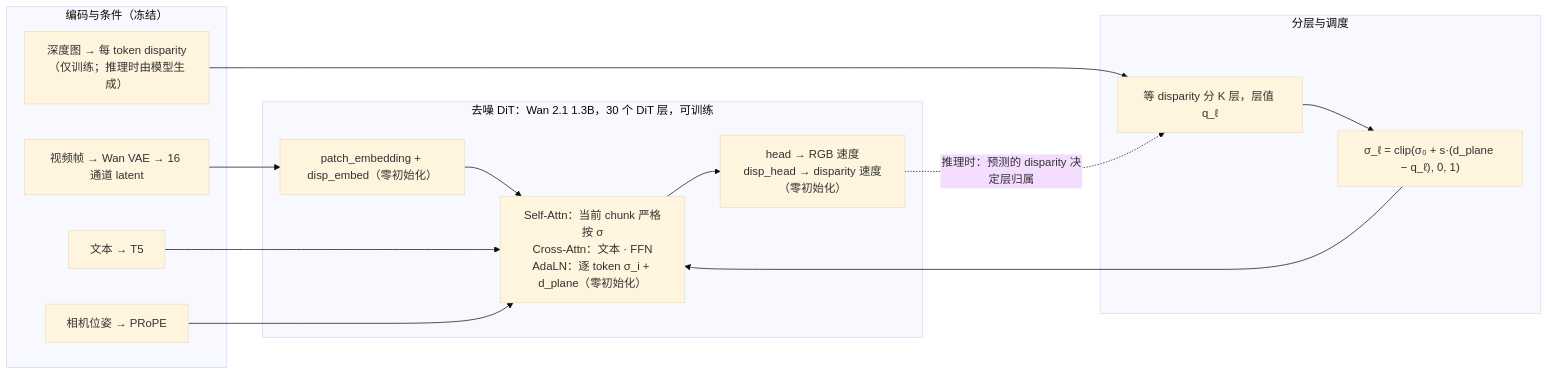
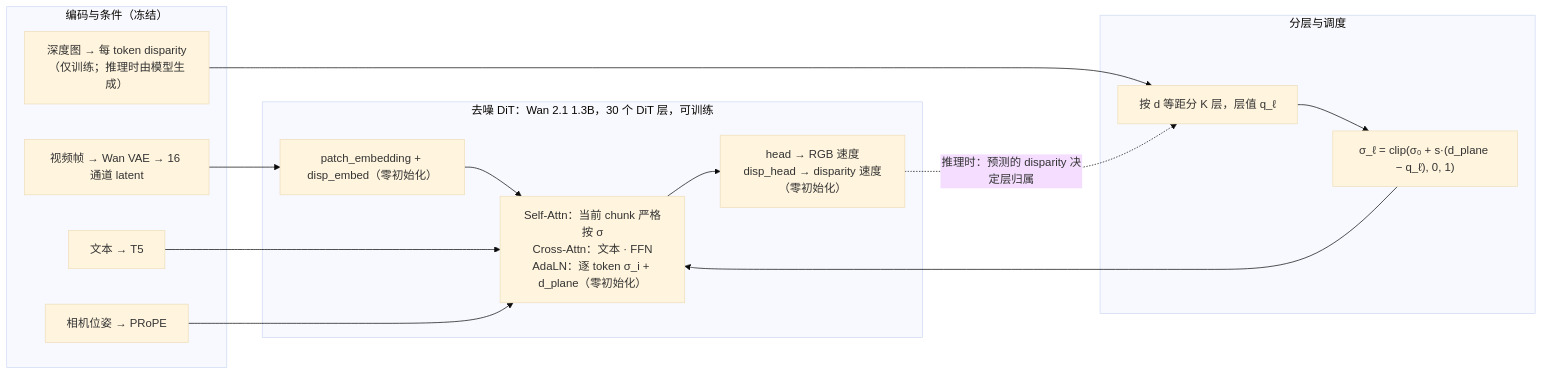
Before and after one commit to legallchaperone/WaveFront: the second of 3 diagrams in docs/WaveFront_Proposal.md, drawn with Mermaid (base theme). The commit also changed other lines of this file and 1 other file, not shown here.

````diff
--- a/docs/WaveFront_Proposal.md
+++ b/docs/WaveFront_Proposal.md
@@ -199,25 +228,25 @@
 ```mermaid
 flowchart LR
     subgraph ENC["编码与条件（冻结）"]
         TXT["文本 → T5"]
         CAM["相机位姿 → PRoPE"]
         VID["视频帧 → Wan VAE → 16 通道 latent"]
         DEP["深度图 → 每 token disparity<br/>（仅训练；推理时由模型生成）"]
     end
     subgraph SCH["分层与调度"]
-        LAY["等 disparity 分 K 层，层值 q_ℓ"]
+        LAY["按 d 等距分 K 层，层值 q_ℓ"]
         SIG["σ_ℓ = clip(σ₀ + s·(d_plane − q_ℓ), 0, 1)"]
     end
     subgraph DIT["去噪 DiT：Wan 2.1 1.3B，30 个 DiT 层，可训练"]
         IN["patch_embedding + disp_embed（零初始化）"]
         BLK["Self-Attn：当前 chunk 严格按 σ<br/>Cross-Attn：文本 · FFN<br/>AdaLN：逐 token σ_i + d_plane（零初始化）"]
         OUT["head → RGB 速度<br/>disp_head → disparity 速度（零初始化）"]
         IN --> BLK --> OUT
     end
     VID --> IN
     DEP --> LAY
     LAY --> SIG --> BLK
     TXT --> BLK
     CAM --> BLK
     OUT -. 推理时：预测的 disparity 决定层归属 .-> LAY
 ```
````
